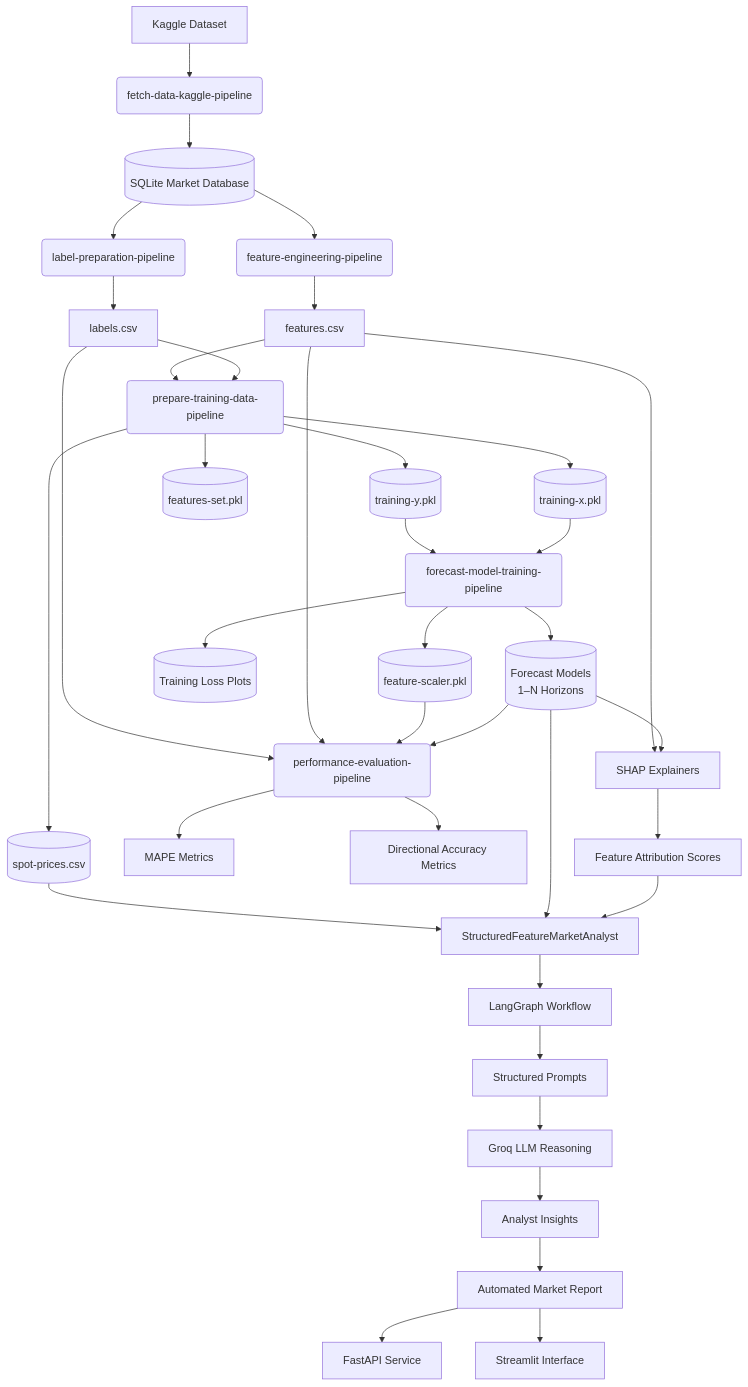
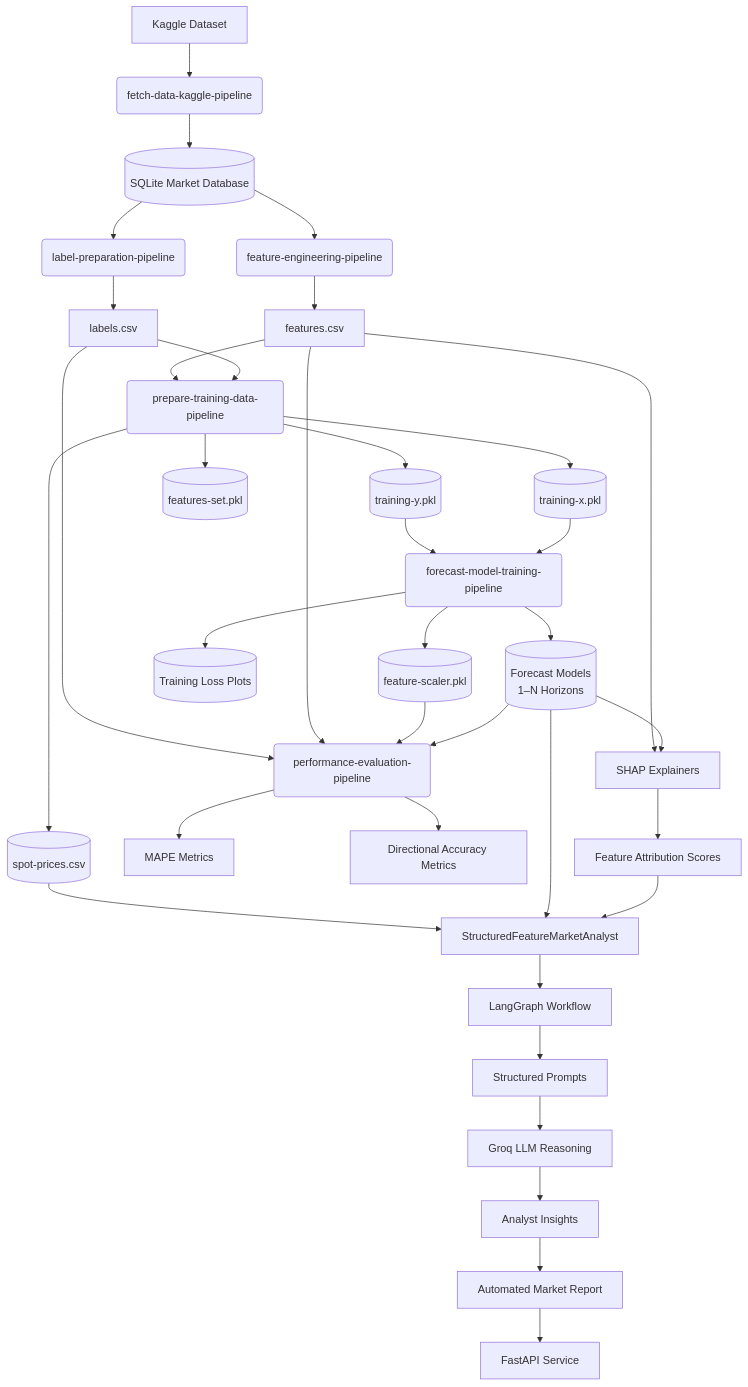
The diagram in README.md (Tksrivastava/autonomous-metal), drawn with Mermaid before and after one commit. The commit also changed other lines of this file, not shown here.

Commit message:
feat(readme) - mermaid diagram updated

````diff
--- a/README.md
+++ b/README.md
@@ -1815,5 +1805,4 @@
 %% ===============================
 
 AA --> AB[FastAPI Service]
-AA --> AC[Streamlit Interface]
 ```
````
